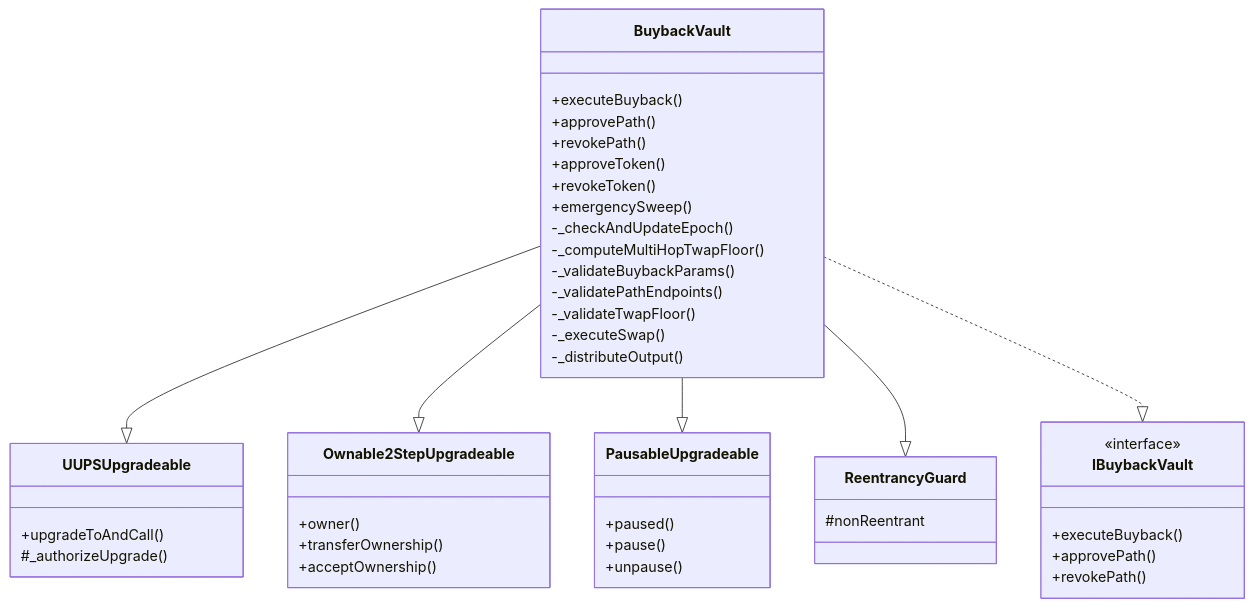
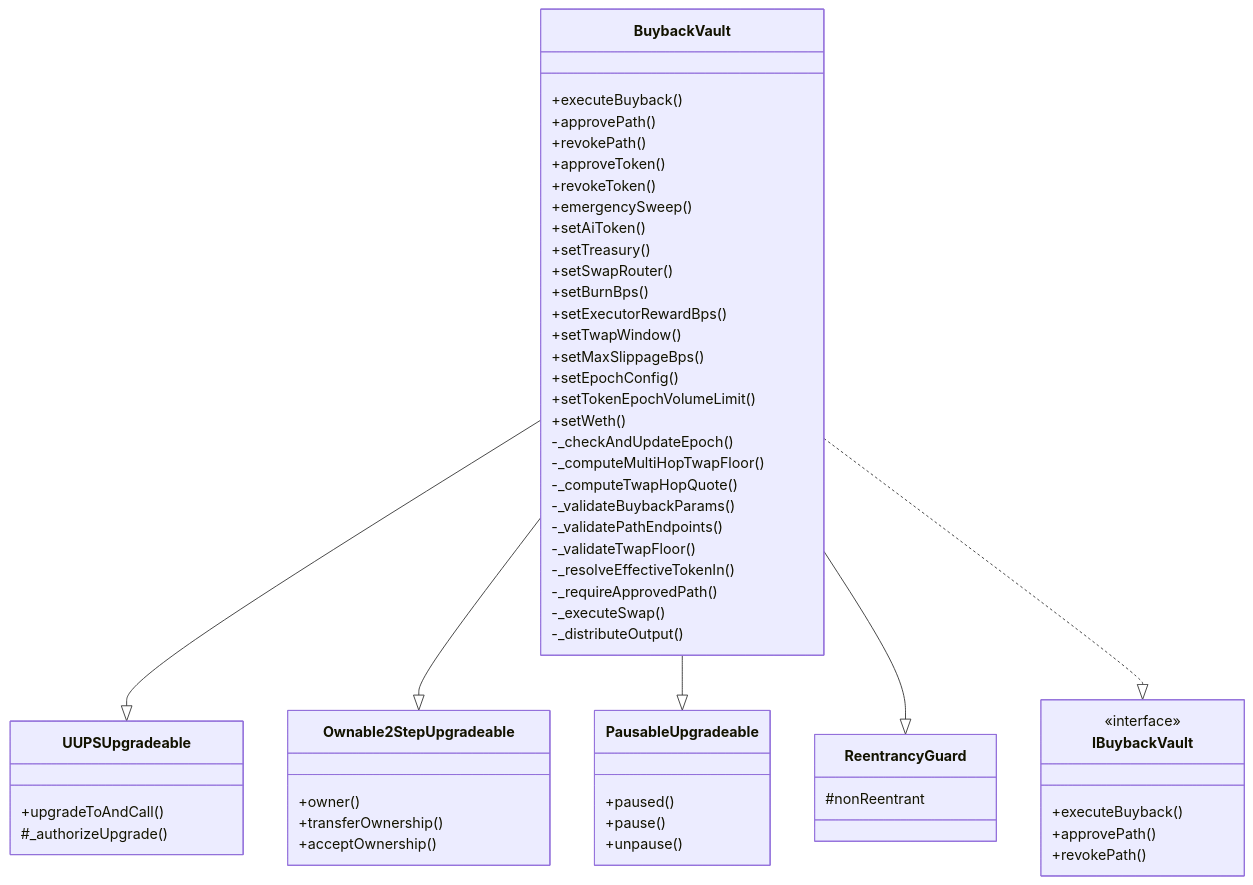
Before and after one commit to gensyn-network/gensyn-buyback: the sixth of 6 diagrams in docs/DESIGN.md, drawn with Mermaid. The commit also changed other lines of this file, not shown here.

Commit message:
docs: remove deadline parameter from executeBuyback sequence diagram and add new admin functions to class diagram
- Remove `deadline` parameter from executeBuyback function signature in sequence diagram
- Remove deadline validation note from buyback execution flow
- Add setter functions to BuybackVault class diagram: setAiToken, setTreasury, setSwapRouter, setBurnBps, setExecutorRewardBps, setTwapWindow, setMaxSlippageBps, setEpochConfig, setTokenEpochVolumeLimit, setWeth
- Add internal helper functions: _comput

````diff
--- a/docs/DESIGN.md
+++ b/docs/DESIGN.md
@@ -203,52 +204,65 @@
 ```mermaid
 classDiagram
     class BuybackVault {
         +executeBuyback()
         +approvePath()
         +revokePath()
         +approveToken()
         +revokeToken()
         +emergencySweep()
+        +setAiToken()
+        +setTreasury()
+        +setSwapRouter()
+        +setBurnBps()
+        +setExecutorRewardBps()
+        +setTwapWindow()
+        +setMaxSlippageBps()
+        +setEpochConfig()
+        +setTokenEpochVolumeLimit()
+        +setWeth()
         -_checkAndUpdateEpoch()
         -_computeMultiHopTwapFloor()
+        -_computeTwapHopQuote()
         -_validateBuybackParams()
         -_validatePathEndpoints()
         -_validateTwapFloor()
+        -_resolveEffectiveTokenIn()
+        -_requireApprovedPath()
         -_executeSwap()
         -_distributeOutput()
     }
     
     class UUPSUpgradeable {
         +upgradeToAndCall()
         #_authorizeUpgrade()
     }
     
     class Ownable2StepUpgradeable {
         +owner()
         +transferOwnership()
         +acceptOwnership()
     }
     
     class PausableUpgradeable {
         +paused()
         +pause()
         +unpause()
     }
     
     class ReentrancyGuard {
         #nonReentrant
     }
     
     class IBuybackVault {
         <<interface>>
         +executeBuyback()
         +approvePath()
         +revokePath()
     }
     
     BuybackVault --|> UUPSUpgradeable
     BuybackVault --|> Ownable2StepUpgradeable
     BuybackVault --|> PausableUpgradeable
     BuybackVault --|> ReentrancyGuard
     BuybackVault ..|> IBuybackVault
 ```
````
